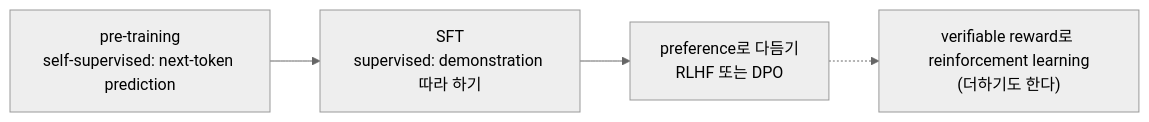
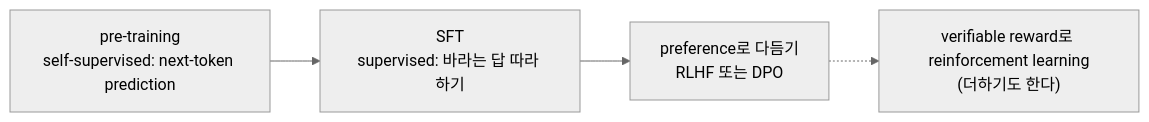
The diagram in book/part01-big-picture/01-04-training-methods-map.md (dipi0123/ai-insight-notes), drawn with Mermaid (neutral theme) before and after one commit. The commit also changed other lines of this file and 24 other files, not shown here.

````diff
--- a/book/part01-big-picture/01-04-training-methods-map.md
+++ b/book/part01-big-picture/01-04-training-methods-map.md
@@ -99,6 +99,6 @@
 ```mermaid
 flowchart LR
-  A["pre-training<br/>self-supervised: next-token prediction"] --> B["SFT<br/>supervised: demonstration 따라 하기"]
+  A["pre-training<br/>self-supervised: next-token prediction"] --> B["SFT<br/>supervised: 바라는 답 따라 하기"]
   B --> C["preference로 다듬기<br/>RLHF 또는 DPO"]
   C -.-> D["verifiable reward로 reinforcement learning<br/>(더하기도 한다)"]
 ```
````
